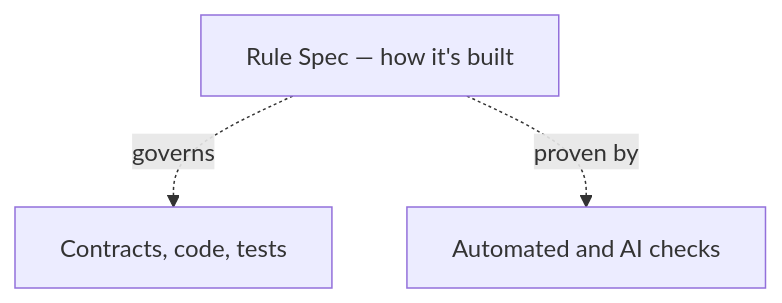
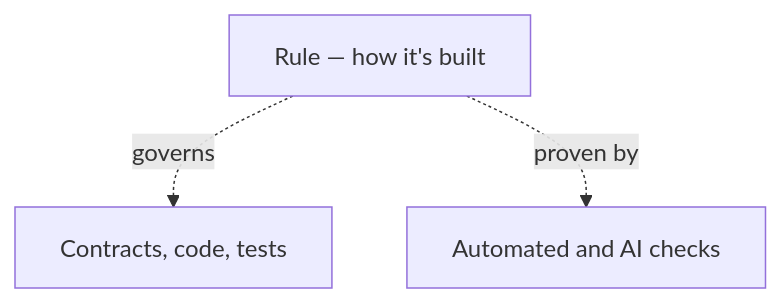
The second of 2 diagrams in README.md (foreachpartners/main-spex), drawn with Mermaid before and after one commit. The commit also changed other lines of this file and 1 other file, not shown here.

Commit message:
docs: rule spec to rule renaming lefovers

````diff
--- a/README.md
+++ b/README.md
@@ -117,5 +117,5 @@
 ```mermaid
 flowchart TD
-    Eng["Rule Spec — how it's built"] -.governs.-> Flow["Contracts, code, tests"]
+    Eng["Rule — how it's built"] -.governs.-> Flow["Contracts, code, tests"]
     Eng -.proven by.-> Checks["Automated and AI checks"]
 ```
````
